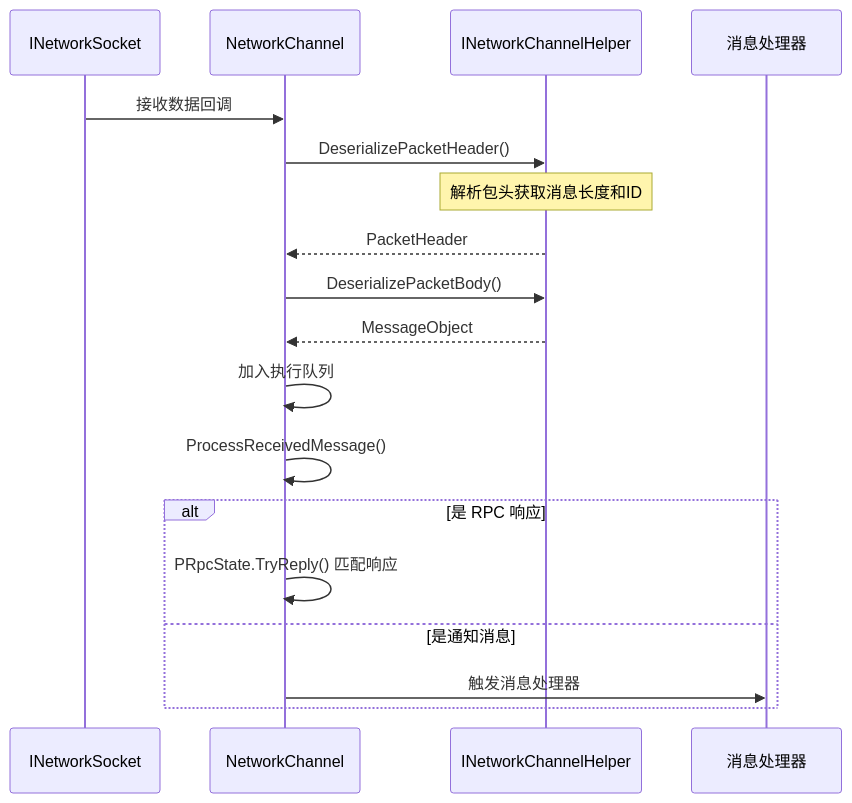
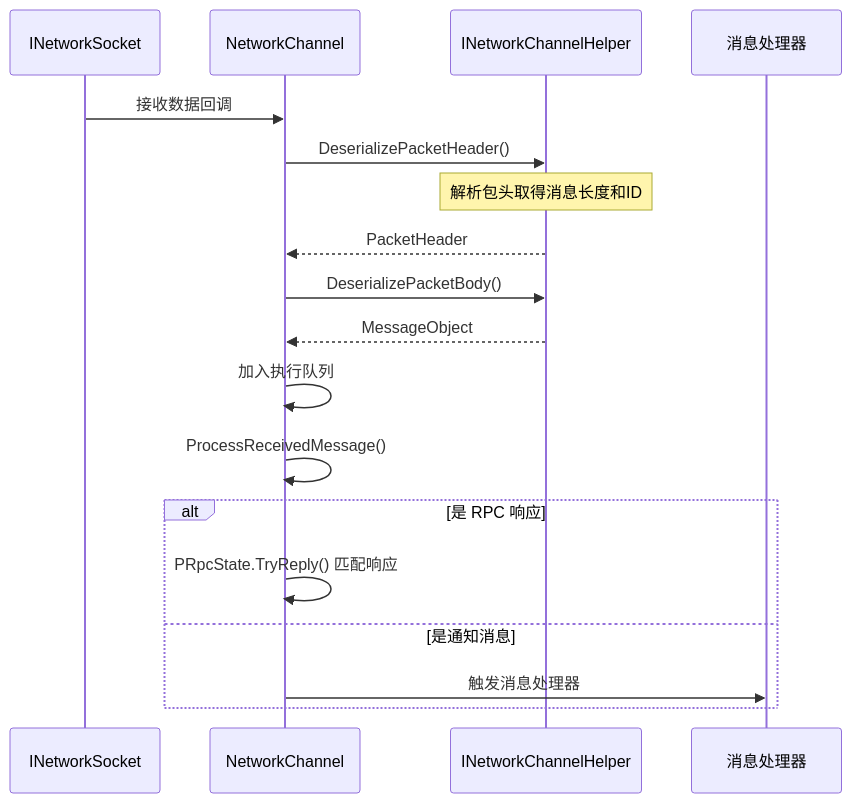
One commit to AlianBlank/GameFrameX.Docs changed the third of 4 diagrams in docs/ja/client/unity/component/network/05.network-channel.md. Above: the diagram before and after it, drawn with Mermaid. The commit also changed other lines of this file and 603 other files, not shown here.

````diff
--- a/docs/ja/client/unity/component/network/05.network-channel.md
+++ b/docs/ja/client/unity/component/network/05.network-channel.md
@@ -130,21 +130,21 @@
 ```mermaid
 sequenceDiagram
     participant Socket as INetworkSocket
     participant Channel as NetworkChannel
     participant Helper as INetworkChannelHelper
     participant Handler as 消息处理器
     
     Socket->>Channel: 接收数据回调
     Channel->>Helper: DeserializePacketHeader()
-    Note over Helper: 解析包头获取消息长度和ID
+    Note over Helper: 解析包头取得消息长度和ID
     Helper-->>Channel: PacketHeader
     Channel->>Helper: DeserializePacketBody()
     Helper-->>Channel: MessageObject
     Channel->>Channel: 加入执行队列
     Channel->>Channel: ProcessReceivedMessage()
     alt 是 RPC 响应
         Channel->>Channel: PRpcState.TryReply() 匹配响应
     else 是通知消息
         Channel->>Handler: 触发消息处理器
     end
 ```
````
